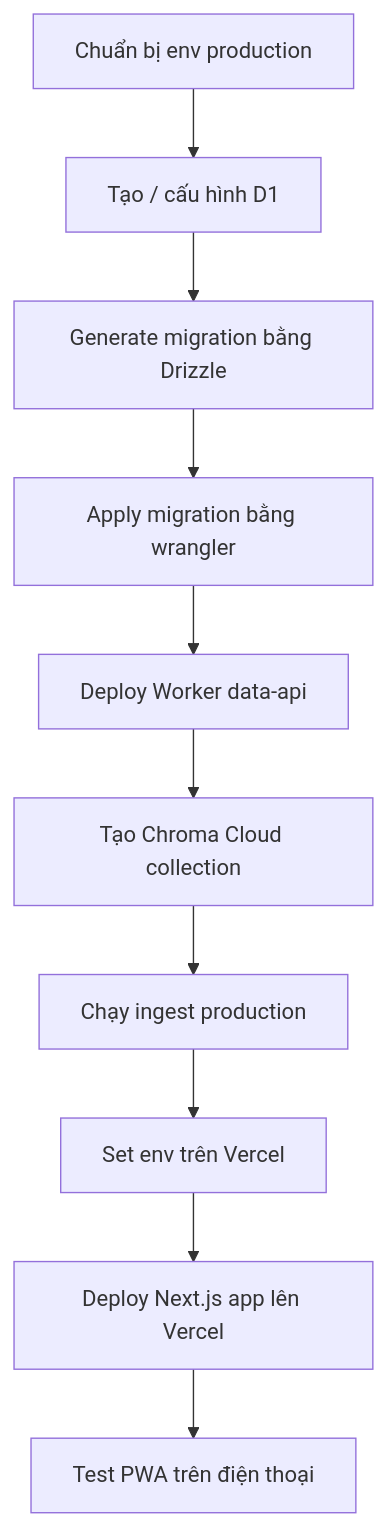
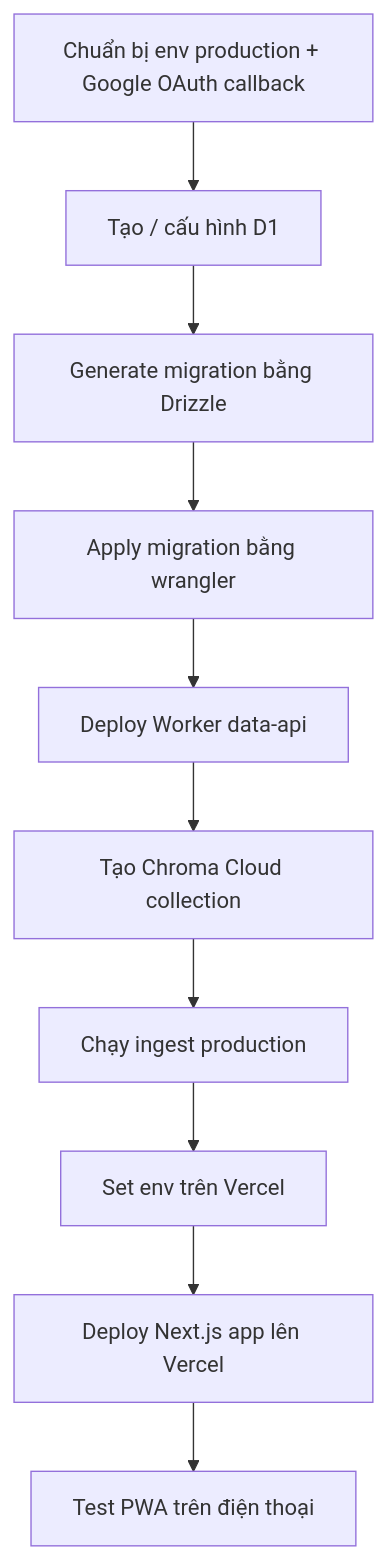
One commit to khangzens2001/AI-build-week-gemo changed the sixth of 7 diagrams in README.md. Above: the diagram before and after it, drawn with Mermaid. The commit also changed other lines of this file and 151 other files, not shown here.

````diff
--- a/README.md
+++ b/README.md
@@ -336,12 +355,12 @@
 ```mermaid
 flowchart TD
-    A["Chuẩn bị env production"] --> B["Tạo / cấu hình D1"]
+    A["Chuẩn bị env production + Google OAuth callback"] --> B["Tạo / cấu hình D1"]
     B --> C["Generate migration bằng Drizzle"]
     C --> D["Apply migration bằng wrangler"]
     D --> E["Deploy Worker data-api"]
     E --> F["Tạo Chroma Cloud collection"]
     F --> G["Chạy ingest production"]
     G --> H["Set env trên Vercel"]
     H --> I["Deploy Next.js app lên Vercel"]
     I --> J["Test PWA trên điện thoại"]
 ```
````
